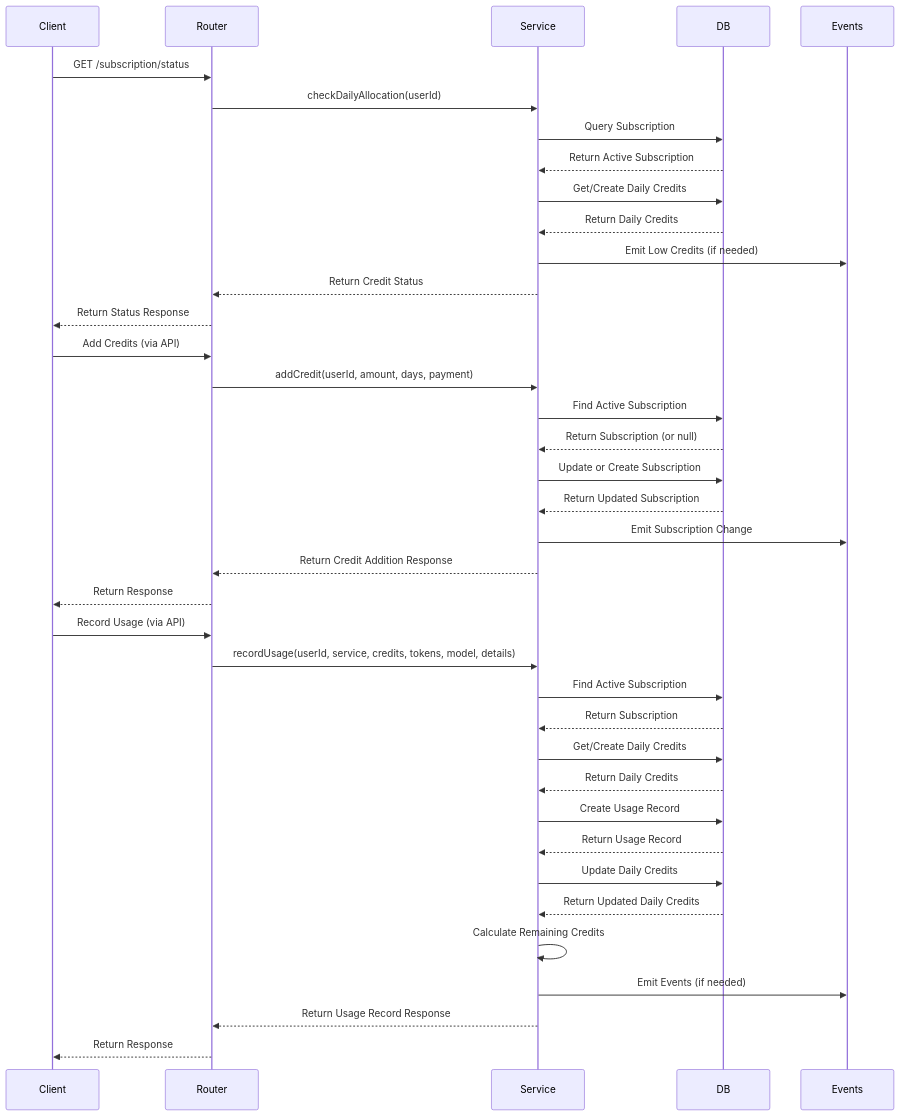
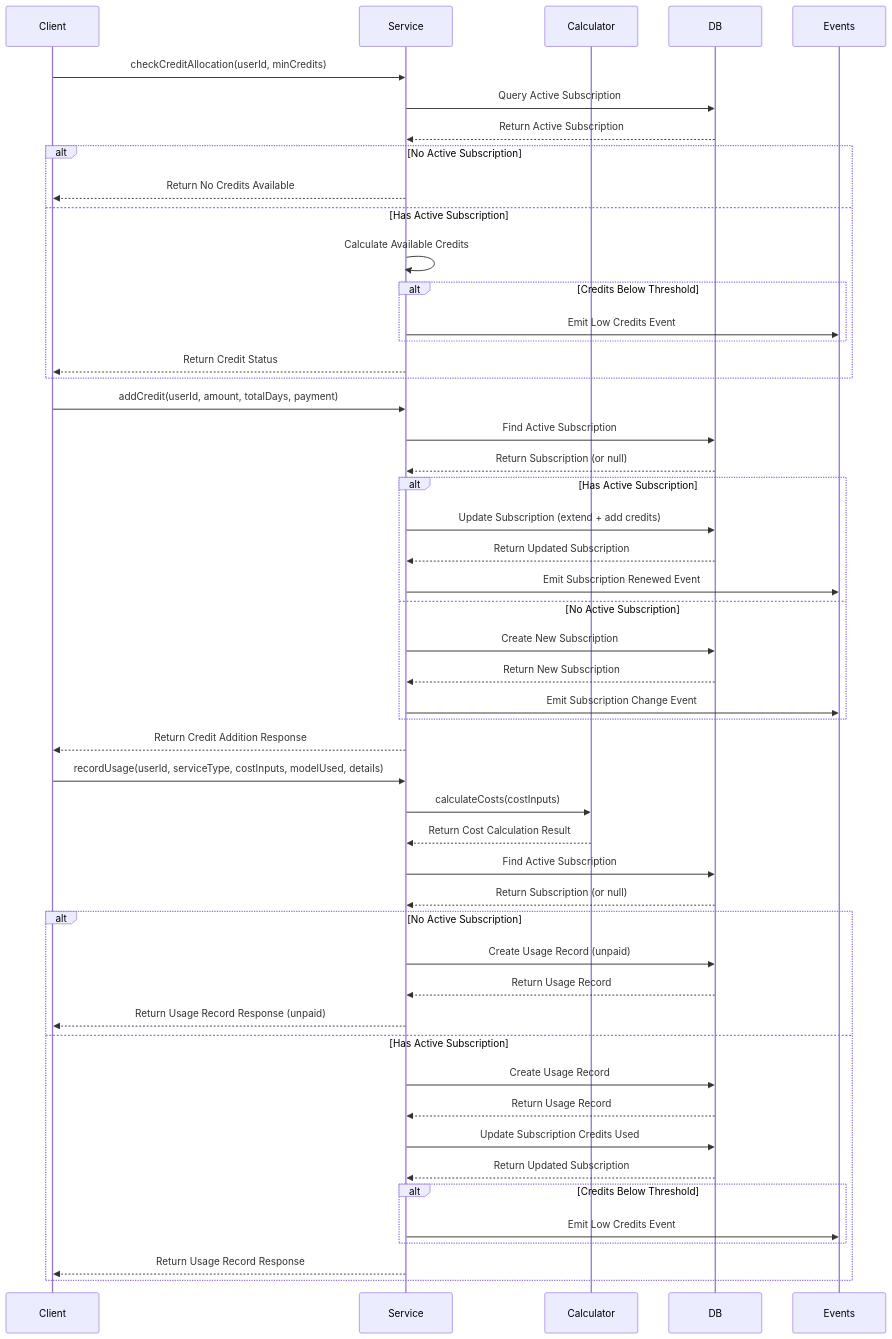
The second of 5 diagrams in server/src/modules/subscription/module_diagram.md (codebridger/subturtle-dashboard-app), drawn with Mermaid before and after one commit. The commit also changed other lines of this file and 1 other file, not shown here.

Commit message:
#86et62yj6 - refactor: update module diagram and readme to reflect changes in subscription service, including renaming methods, restructuring components, and enhancing credit allocation logic

````diff
--- a/server/src/modules/subscription/module_diagram.md
+++ b/server/src/modules/subscription/module_diagram.md
@@ -91,46 +99,58 @@
 ```mermaid
 sequenceDiagram
     participant Client
-    participant Router
     participant Service
+    participant Calculator
     participant DB
     participant Events
     
-    %% Status Check Flow
-    Client->>Router: GET /subscription/status
-    Router->>Service: checkDailyAllocation(userId)
-    Service->>DB: Query Subscription
+    %% Credit Allocation Check Flow
+    Client->>Service: checkCreditAllocation(userId, minCredits)
+    Service->>DB: Query Active Subscription
     DB-->>Service: Return Active Subscription
-    Service->>DB: Get/Create Daily Credits
-    DB-->>Service: Return Daily Credits
-    Service->>Events: Emit Low Credits (if needed)
-    Service-->>Router: Return Credit Status
-    Router-->>Client: Return Status Response
+    alt No Active Subscription
+        Service-->>Client: Return No Credits Available
+    else Has Active Subscription
+        Service->>Service: Calculate Available Credits
+        alt Credits Below Threshold
+            Service->>Events: Emit Low Credits Event
+        end
+        Service-->>Client: Return Credit Status
+    end
     
     %% Adding Credits Flow
-    Client->>Router: Add Credits (via API)
-    Router->>Service: addCredit(userId, amount, days, payment)
+    Client->>Service: addCredit(userId, amount, totalDays, payment)
     Service->>DB: Find Active Subscription
     DB-->>Service: Return Subscription (or null)
-    Service->>DB: Update or Create Subscription
-    DB-->>Service: Return Updated Subscription
-    Service->>Events: Emit Subscription Change
-    Service-->>Router: Return Credit Addition Response
-    Router-->>Client: Return Response
+    alt Has Active Subscription
+        Service->>DB: Update Subscription (extend + add credits)
+        DB-->>Service: Return Updated Subscription
+        Service->>Events: Emit Subscription Renewed Event
+    else No Active Subscription
+        Service->>DB: Create New Subscription
+        DB-->>Service: Return New Subscription
+        Service->>Events: Emit Subscription Change Event
+    end
+    Service-->>Client: Return Credit Addition Response
     
     %% Usage Recording Flow
-    Client->>Router: Record Usage (via API)
-    Router->>Service: recordUsage(userId, service, credits, tokens, model, details)
+    Client->>Service: recordUsage(userId, serviceType, costInputs, modelUsed, details)
+    Service->>Calculator: calculateCosts(costInputs)
+    Calculator-->>Service: Return Cost Calculation Result
     Service->>DB: Find Active Subscription
-    DB-->>Service: Return Subscription
-    Service->>DB: Get/Create Daily Credits
-    DB-->>Service: Return Daily Credits
-    Service->>DB: Create Usage Record
-    DB-->>Service: Return Usage Record
-    Service->>DB: Update Daily Credits
-    DB-->>Service: Return Updated Daily Credits
-    Service->>Service: Calculate Remaining Credits
-    Service->>Events: Emit Events (if needed)
-    Service-->>Router: Return Usage Record Response
-    Router-->>Client: Return Response
+    DB-->>Service: Return Subscription (or null)
+    alt No Active Subscription
+        Service->>DB: Create Usage Record (unpaid)
+        DB-->>Service: Return Usage Record
+        Service-->>Client: Return Usage Record Response (unpaid)
+    else Has Active Subscription
+        Service->>DB: Create Usage Record
+        DB-->>Service: Return Usage Record
+        Service->>DB: Update Subscription Credits Used
+        DB-->>Service: Return Updated Subscription
+        alt Credits Below Threshold
+            Service->>Events: Emit Low Credits Event
+        end
+        Service-->>Client: Return Usage Record Response
+    end
 ```
````
